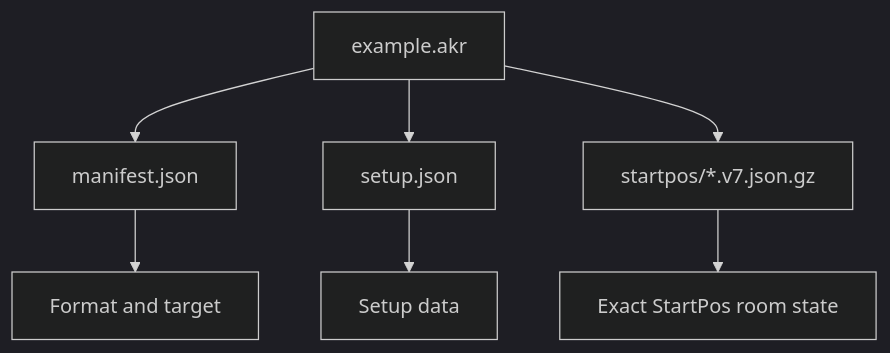
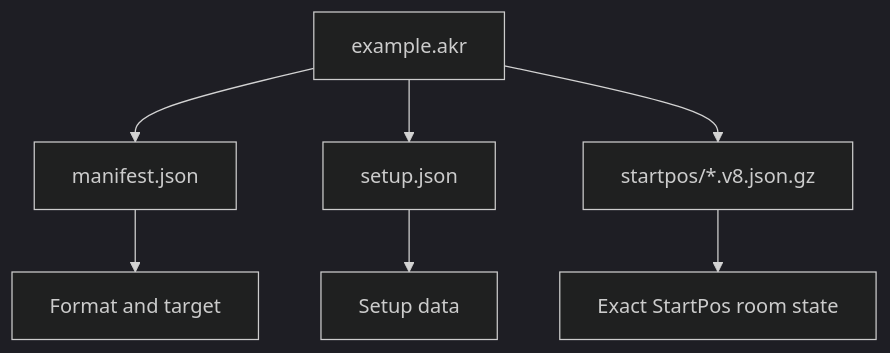
The diagram in docs/concepts/akr-files-and-setup-state.mdx (Microck/akron), drawn with Mermaid (dark theme) before and after one commit. The commit also changed other lines of this file and 122 other files, not shown here.

````diff
--- a/docs/concepts/akr-files-and-setup-state.mdx
+++ b/docs/concepts/akr-files-and-setup-state.mdx
@@ -27,9 +27,9 @@
 ```mermaid
 flowchart TD
   archive["example.akr"] --> manifest["manifest.json"]
   archive --> payload["setup.json"]
-  archive --> snapshots["startpos/*.v7.json.gz"]
+  archive --> snapshots["startpos/*.v8.json.gz"]
   manifest --> target["Format and target"]
   payload --> settings["Setup data"]
   snapshots --> roomState["Exact StartPos room state"]
 ```
````
